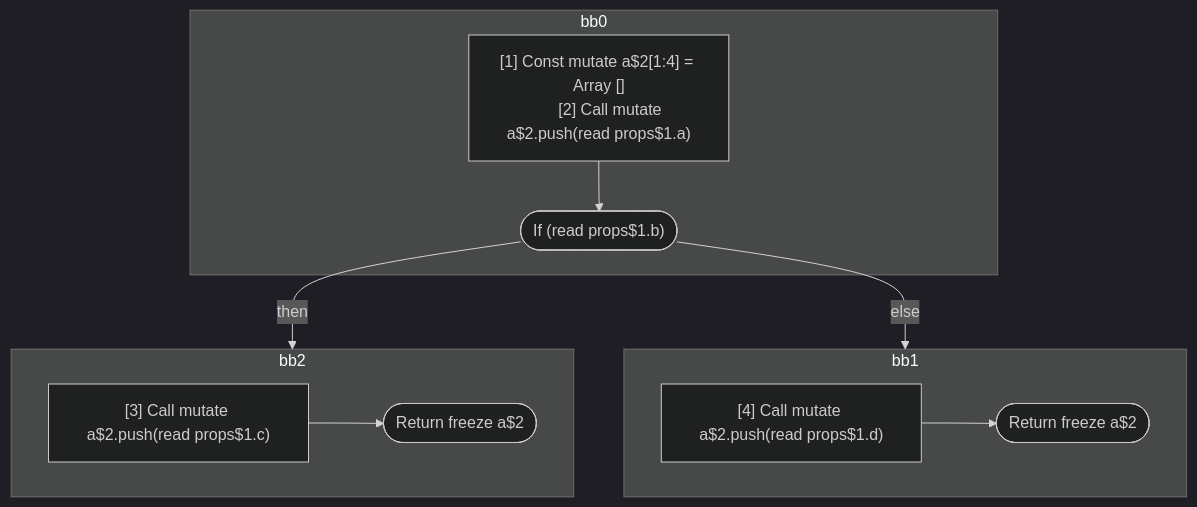
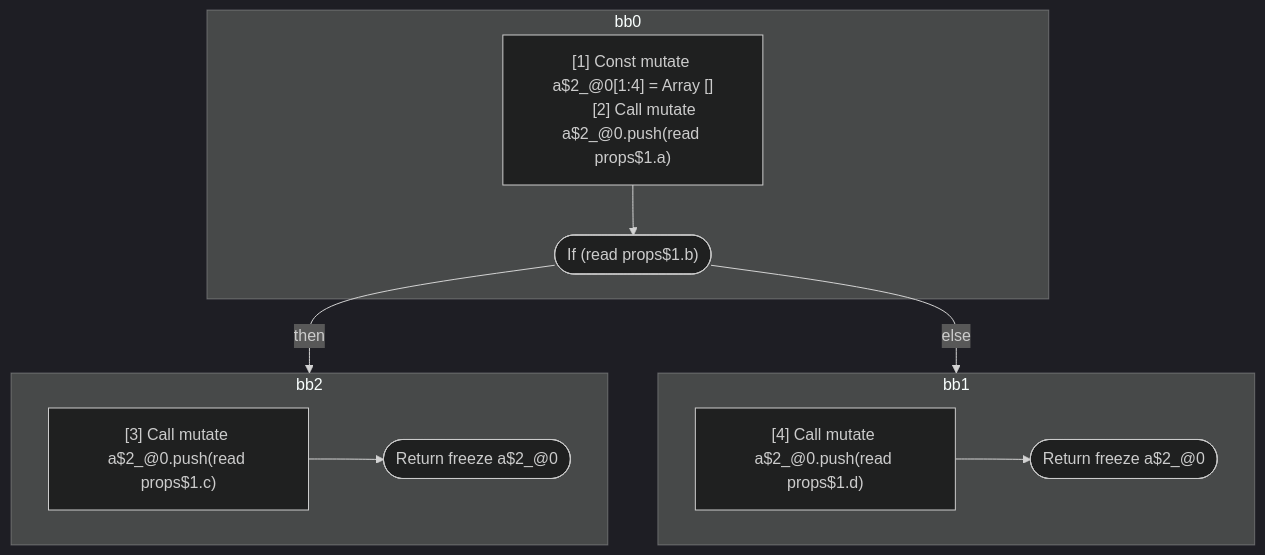
The fourth of 5 diagrams in compiler/forget/src/__tests__/fixtures/hir/conditional-break.expect.md (wutsmog/private), drawn with Mermaid (dark theme) before and after one commit. The commit also changed other lines of this file and 60 other files, not shown here.

````diff
--- a/compiler/forget/src/__tests__/fixtures/hir/conditional-break.expect.md
+++ b/compiler/forget/src/__tests__/fixtures/hir/conditional-break.expect.md
@@ -289,28 +289,28 @@
 ```mermaid
 flowchart TB
   %% Basic Blocks
   subgraph bb0
     bb0_instrs["
-      [1] Const mutate a$2[1:4] = Array []
-      [2] Call mutate a$2.push(read props$1.a)
+      [1] Const mutate a$2_@0[1:4] = Array []
+      [2] Call mutate a$2_@0.push(read props$1.a)
     "]
     bb0_instrs --> bb0_terminal(["If (read props$1.b)"])
   end
   subgraph bb2
     bb2_instrs["
-      [3] Call mutate a$2.push(read props$1.c)
+      [3] Call mutate a$2_@0.push(read props$1.c)
     "]
-    bb2_instrs --> bb2_terminal(["Return freeze a$2"])
+    bb2_instrs --> bb2_terminal(["Return freeze a$2_@0"])
   end
   subgraph bb1
     bb1_instrs["
-      [4] Call mutate a$2.push(read props$1.d)
+      [4] Call mutate a$2_@0.push(read props$1.d)
     "]
-    bb1_instrs --> bb1_terminal(["Return freeze a$2"])
+    bb1_instrs --> bb1_terminal(["Return freeze a$2_@0"])
   end
 
   %% Jumps
   bb0_terminal -- then --> bb2
   bb0_terminal -- else --> bb1
 
 ```
````
